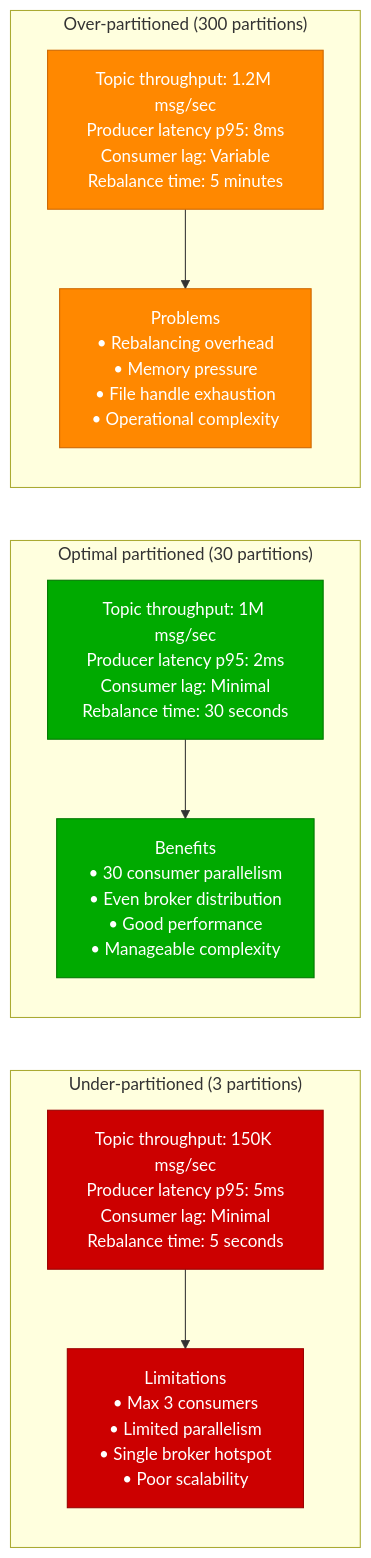
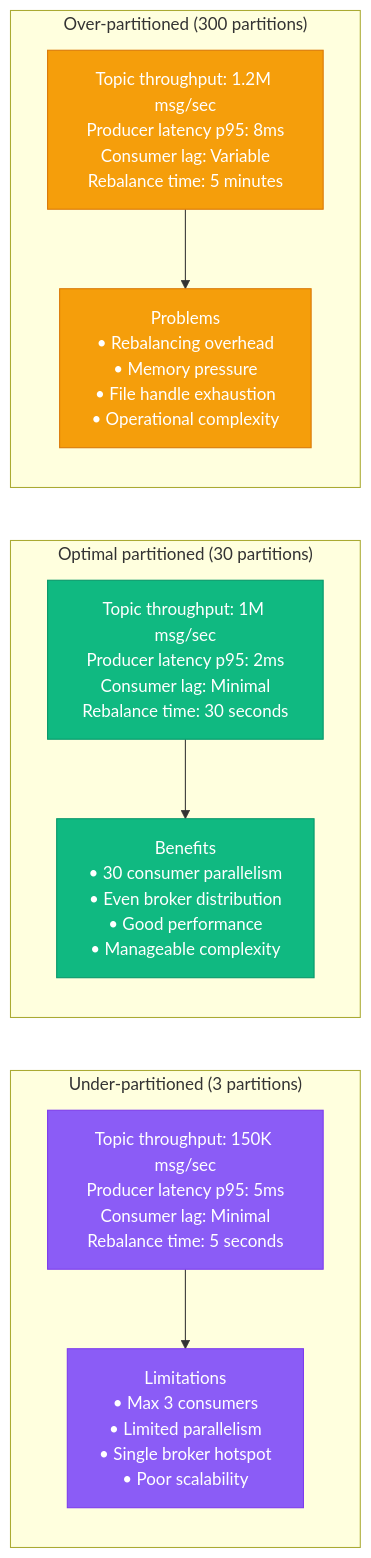
One commit to deepaucksharma/DS changed the second of 13 diagrams in site/docs/performance/kafka-performance-profile.md. Above: the diagram before and after it, drawn with Mermaid. The commit also changed other lines of this file and 303 other files, not shown here.

````diff
--- a/site/docs/performance/kafka-performance-profile.md
+++ b/site/docs/performance/kafka-performance-profile.md
@@ -51,32 +51,32 @@
 ```mermaid
 graph LR
     subgraph "Under-partitioned (3 partitions)"
         UP1[Topic throughput: 150K msg/sec<br/>Producer latency p95: 5ms<br/>Consumer lag: Minimal<br/>Rebalance time: 5 seconds]
 
         UP2[Limitations<br/>• Max 3 consumers<br/>• Limited parallelism<br/>• Single broker hotspot<br/>• Poor scalability]
     end
 
     subgraph "Optimal partitioned (30 partitions)"
         OP1[Topic throughput: 1M msg/sec<br/>Producer latency p95: 2ms<br/>Consumer lag: Minimal<br/>Rebalance time: 30 seconds]
 
         OP2[Benefits<br/>• 30 consumer parallelism<br/>• Even broker distribution<br/>• Good performance<br/>• Manageable complexity]
     end
 
     subgraph "Over-partitioned (300 partitions)"
         OVP1[Topic throughput: 1.2M msg/sec<br/>Producer latency p95: 8ms<br/>Consumer lag: Variable<br/>Rebalance time: 5 minutes]
 
         OVP2[Problems<br/>• Rebalancing overhead<br/>• Memory pressure<br/>• File handle exhaustion<br/>• Operational complexity]
     end
 
     UP1 --> UP2
     OP1 --> OP2
     OVP1 --> OVP2
 
-    classDef underStyle fill:#CC0000,stroke:#990000,color:#fff
-    classDef optimalStyle fill:#00AA00,stroke:#007700,color:#fff
-    classDef overStyle fill:#FF8800,stroke:#CC6600,color:#fff
+    classDef underStyle fill:#8B5CF6,stroke:#7C3AED,color:#fff
+    classDef optimalStyle fill:#10B981,stroke:#059669,color:#fff
+    classDef overStyle fill:#F59E0B,stroke:#D97706,color:#fff
 
     class UP1,UP2 underStyle
     class OP1,OP2 optimalStyle
     class OVP1,OVP2 overStyle
 ```
````
